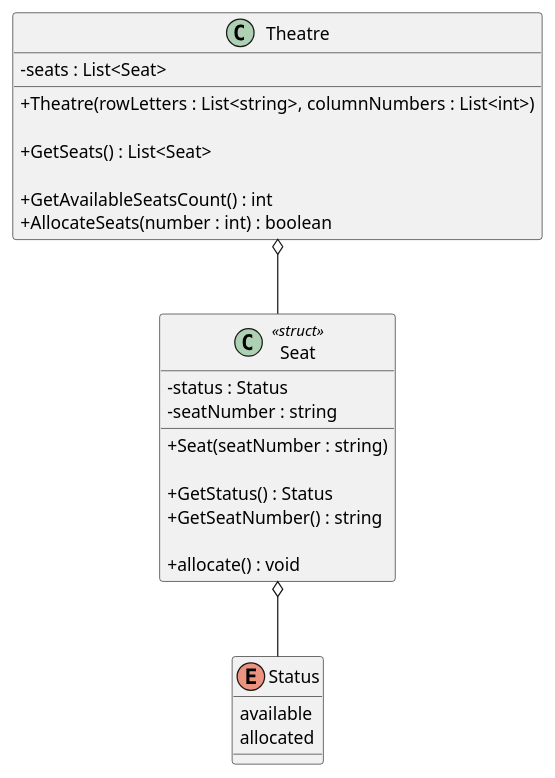
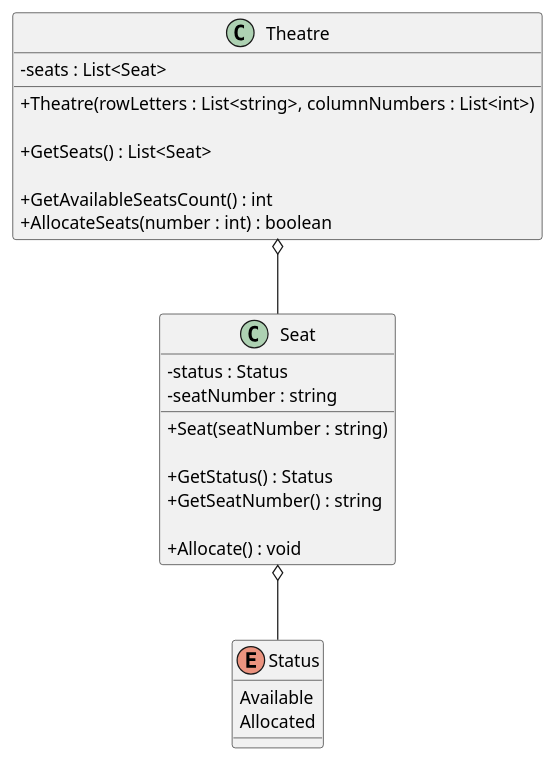
One commit to iamfranco/CinnamonCinemasChallenge changed the diagram in diagrams/cinnamonCinemas.puml. Above: the diagram before and after it, drawn with PlantUML. The commit also changed 2 other files, not shown here.

Commit message:
add UML to README, modify UML to have Seat as non struct class, capitalise public methods and enum fields

```diff
--- a/diagrams/cinnamonCinemas.puml
+++ b/diagrams/cinnamonCinemas.puml
@@ -1,35 +1,35 @@
 @startuml "cinnamon cinemas"
 skinparam ClassAttributeIconSize 0
 
 class Theatre {
     - seats : List<Seat>
 
     + Theatre(rowLetters : List<string>, columnNumbers : List<int>)
 
     + GetSeats() : List<Seat>
 
     + GetAvailableSeatsCount() : int
     + AllocateSeats(number : int) : boolean
 }
 
-class Seat <<struct>> {
+class Seat {
     - status : Status
     - seatNumber : string
 
     + Seat(seatNumber : string)
 
     + GetStatus() : Status
     + GetSeatNumber() : string
 
-    + allocate() : void
+    + Allocate() : void
 }
 
 Enum Status {
-    available
-    allocated
+    Available
+    Allocated
 }
 
 Theatre o-- Seat
 Seat o-- Status
 
 @enduml
```
